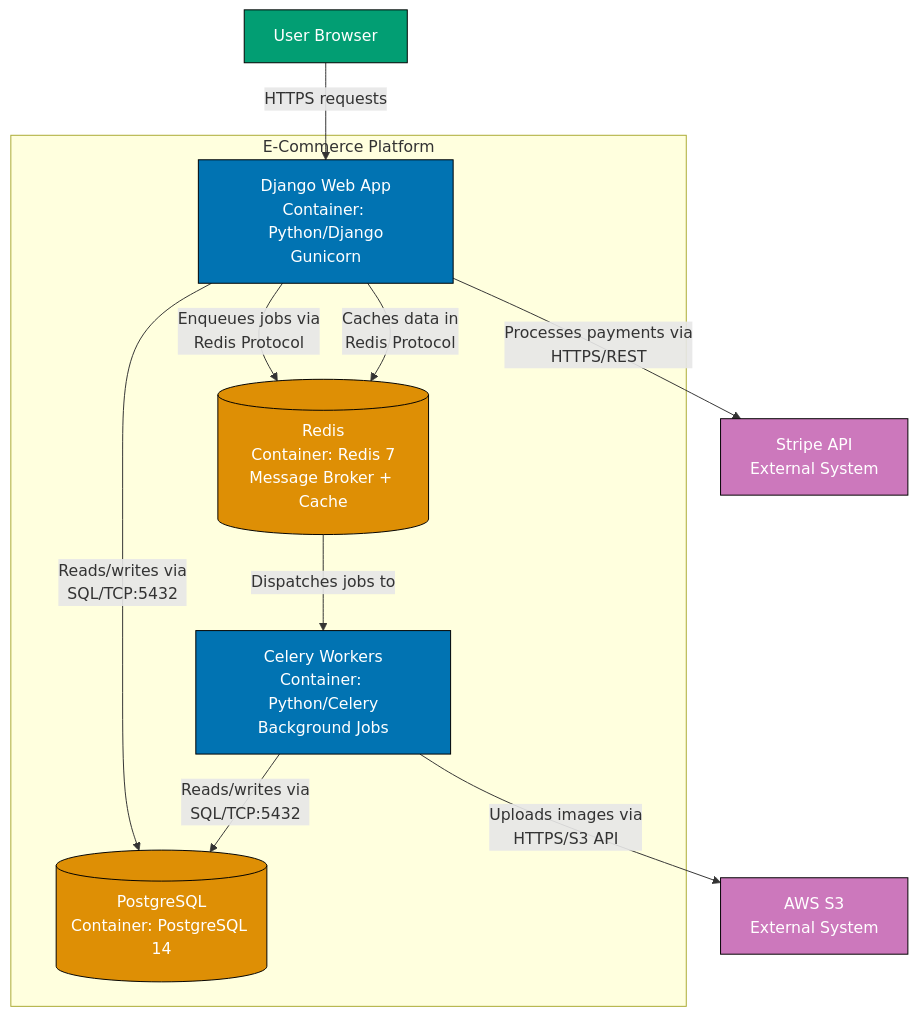
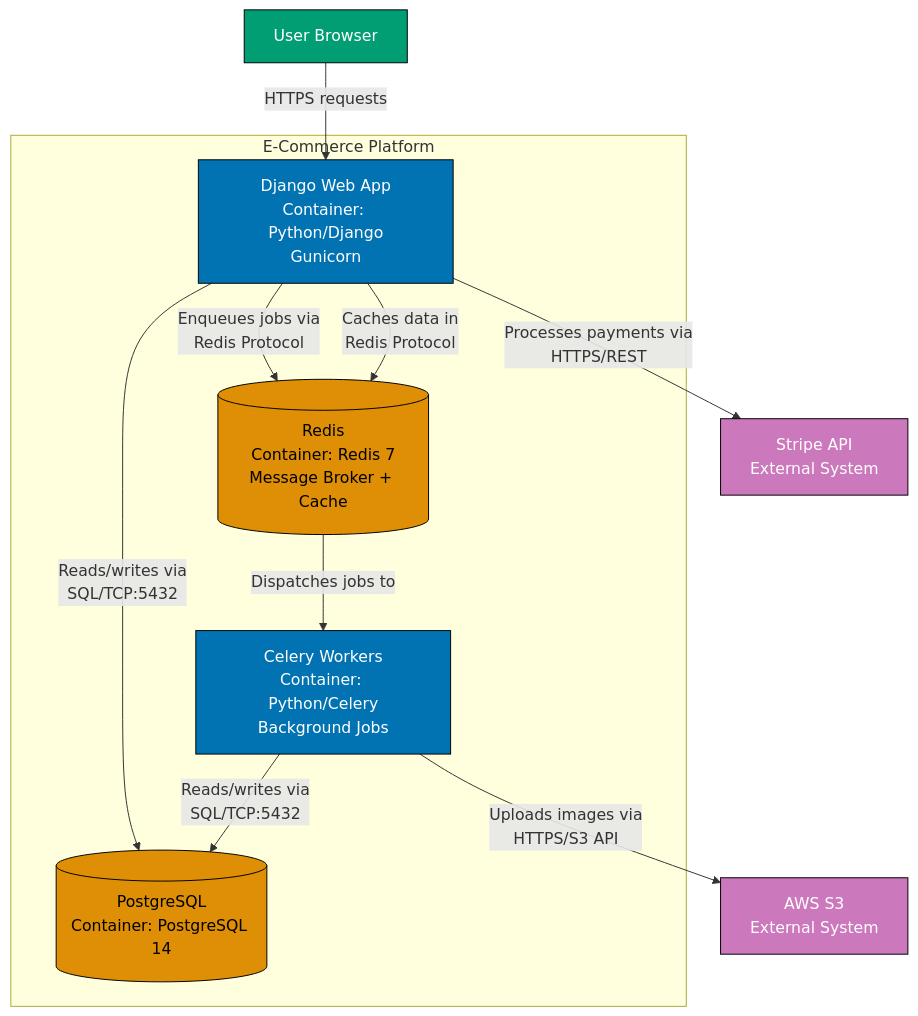
Before and after one commit to wahidyankf/open-sharia-enterprise: the fourth of 6 diagrams in docs/explanation/software-design/c4-architecture-model/ex-sode-c4armo__12-simple-app-examples.md, drawn with Mermaid. The commit also changed other lines of this file and 35 other files, not shown here.

````diff
--- a/docs/explanation/software-design/c4-architecture-model/ex-sode-c4armo__12-simple-app-examples.md
+++ b/docs/explanation/software-design/c4-architecture-model/ex-sode-c4armo__12-simple-app-examples.md
@@ -183,31 +183,31 @@
 ```mermaid
 graph TB
     Browser[User Browser]
 
     subgraph "E-Commerce Platform"
         Django[Django Web App<br/>Container: Python/Django<br/>Gunicorn]
         Celery[Celery Workers<br/>Container: Python/Celery<br/>Background Jobs]
         Redis[(Redis<br/>Container: Redis 7<br/>Message Broker + Cache)]
         DB[(PostgreSQL<br/>Container: PostgreSQL 14)]
     end
 
     Stripe[Stripe API<br/>External System]
     S3[AWS S3<br/>External System]
 
     Browser -->|HTTPS requests| Django
     Django -->|Enqueues jobs via<br/>Redis Protocol| Redis
     Redis -->|Dispatches jobs to| Celery
     Django -->|Reads/writes via<br/>SQL/TCP:5432| DB
     Celery -->|Reads/writes via<br/>SQL/TCP:5432| DB
     Django -->|Caches data in<br/>Redis Protocol| Redis
     Django -->|Processes payments via<br/>HTTPS/REST| Stripe
     Celery -->|Uploads images via<br/>HTTPS/S3 API| S3
 
     style Browser fill:#029E73,stroke:#000000,color:#ffffff
     style Django fill:#0173B2,stroke:#000000,color:#ffffff
     style Celery fill:#0173B2,stroke:#000000,color:#ffffff
-    style Redis fill:#DE8F05,stroke:#000000,color:#ffffff
-    style DB fill:#DE8F05,stroke:#000000,color:#ffffff
+    style Redis fill:#DE8F05,stroke:#000000,color:#000000
+    style DB fill:#DE8F05,stroke:#000000,color:#000000
     style Stripe fill:#CC78BC,stroke:#000000,color:#ffffff
     style S3 fill:#CC78BC,stroke:#000000,color:#ffffff
 ```
````
